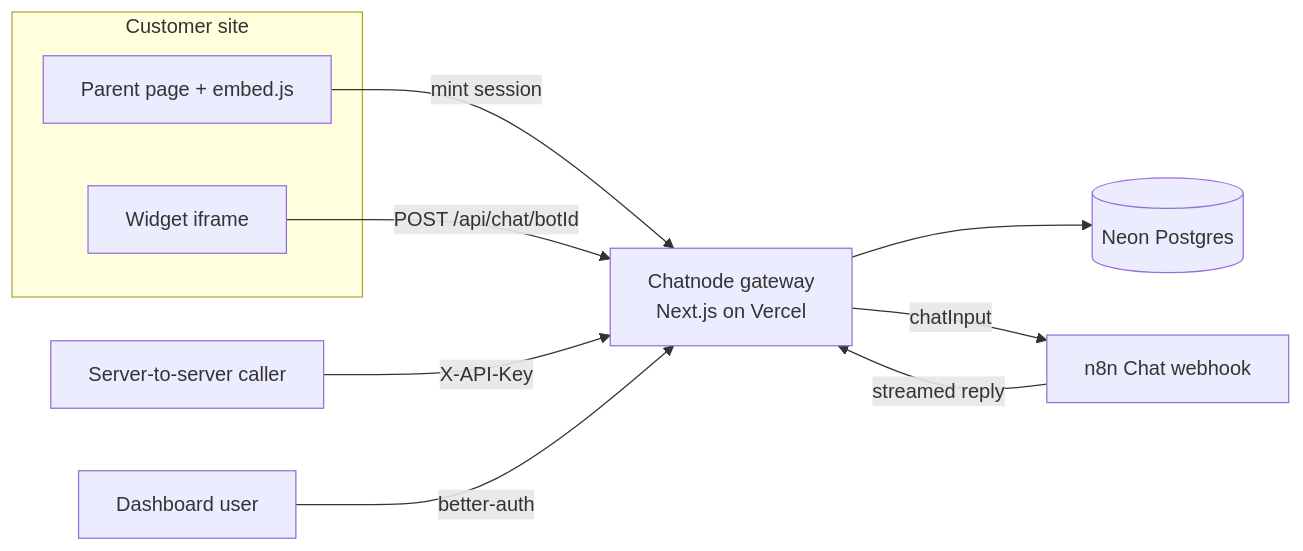
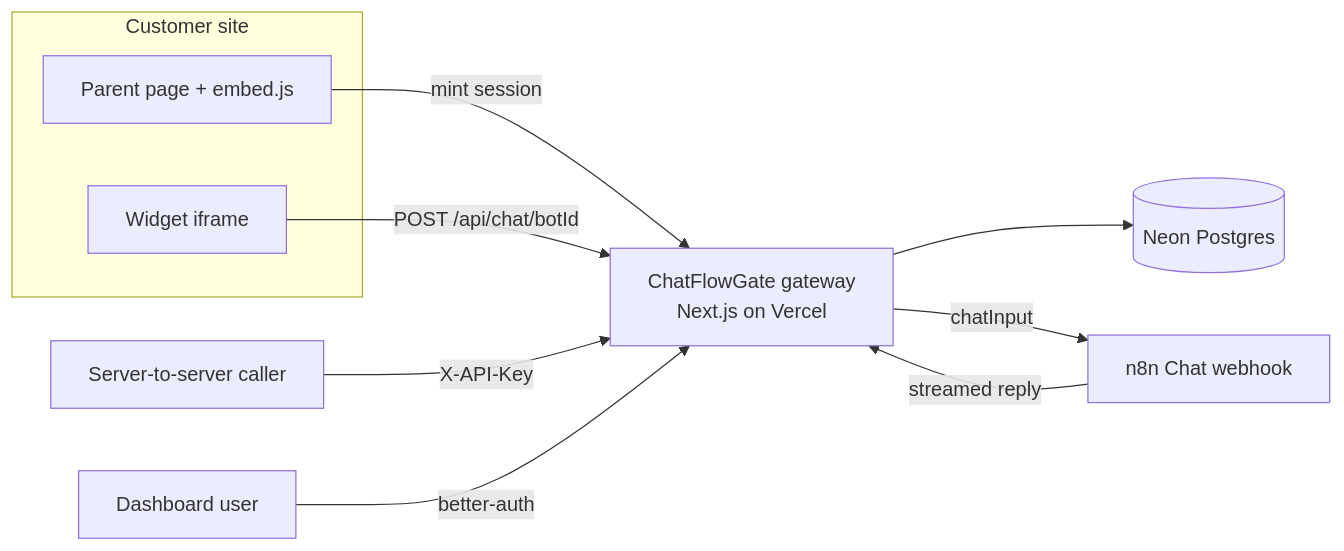
One commit to louis2688/chatflowgate changed the first of 3 diagrams in ARCHITECTURE.md. Above: the diagram before and after it, drawn with Mermaid. The commit also changed other lines of this file and 33 other files, not shown here.

````diff
--- a/ARCHITECTURE.md
+++ b/ARCHITECTURE.md
@@ -32,18 +32,18 @@
 ```mermaid
 flowchart LR
   subgraph Customer site
     P[Parent page + embed.js]
     W[Widget iframe]
   end
   API[Server-to-server caller]
   U[Dashboard user]
 
   P -->|mint session| GW
-  W -->|POST /api/chat/botId| GW[Chatnode gateway<br/>Next.js on Vercel]
+  W -->|POST /api/chat/botId| GW[ChatFlowGate gateway<br/>Next.js on Vercel]
   API -->|X-API-Key| GW
   U -->|better-auth| GW
 
   GW --> DB[(Neon Postgres)]
   GW -->|chatInput| N8N[n8n Chat webhook]
   N8N -->|streamed reply| GW
 ```
````
